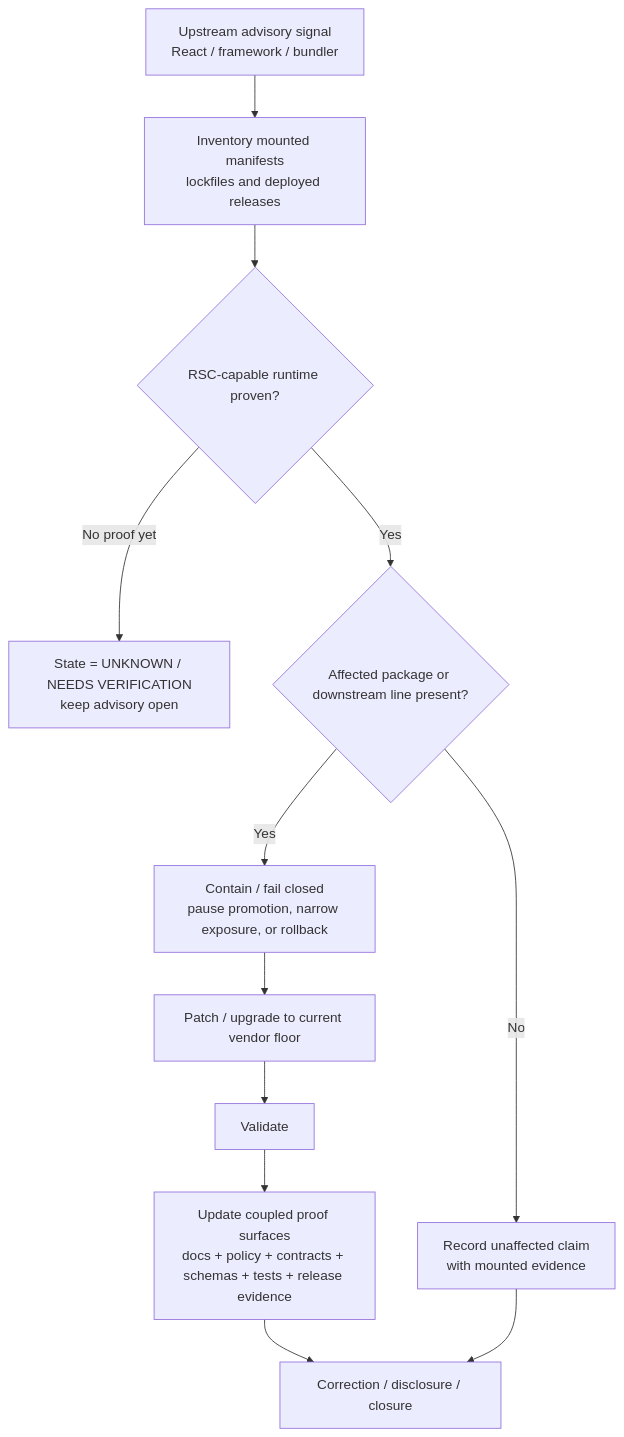
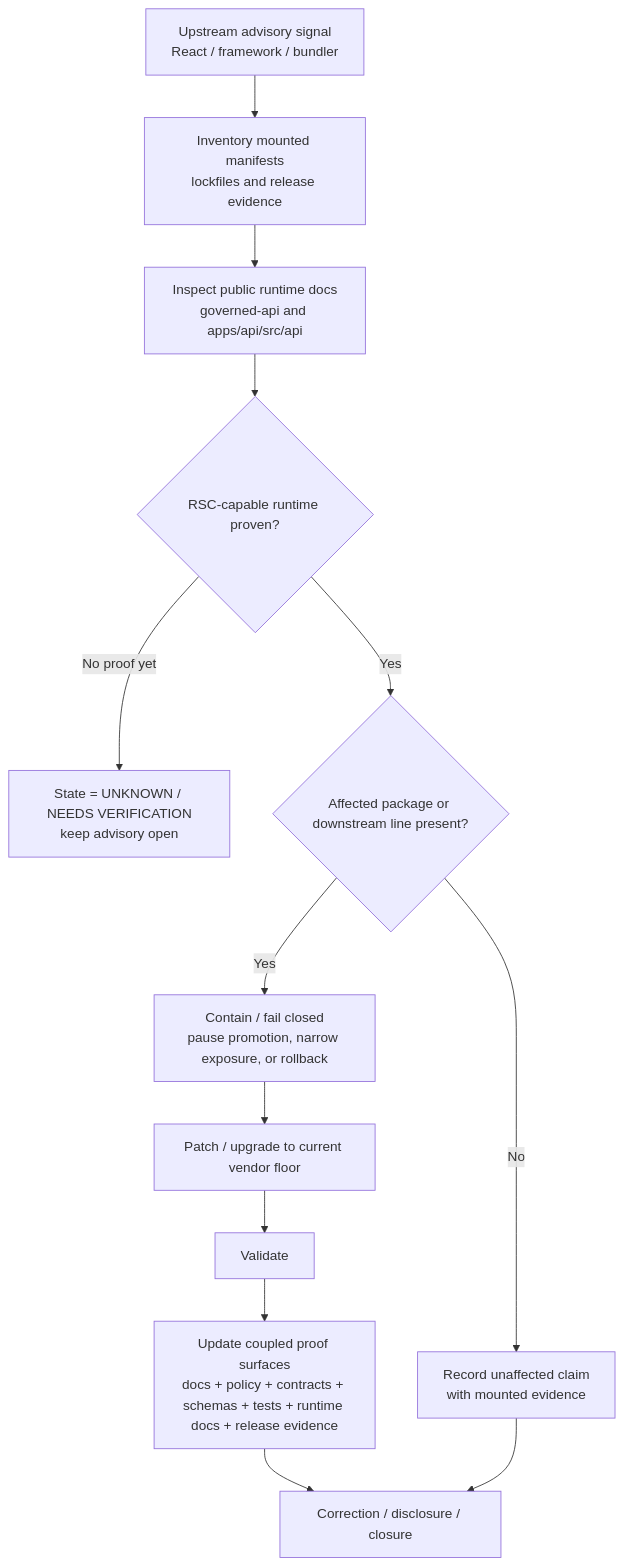
The diagram in docs/security/react2shell-advisory/README.md (bartytime4life/Kansas-Frontier-Matrix), drawn with Mermaid before and after one commit. The commit also changed other lines of this file, not shown here.

First line of the commit message:
Refine README.md for React2Shell advisory

````diff
--- a/docs/security/react2shell-advisory/README.md
+++ b/docs/security/react2shell-advisory/README.md
@@ -204,17 +234,18 @@
 ```mermaid
 flowchart TD
-    A[Upstream advisory signal<br/>React / framework / bundler] --> B[Inventory mounted manifests<br/>lockfiles and deployed releases]
-    B --> C{RSC-capable runtime proven?}
+    A[Upstream advisory signal<br/>React / framework / bundler] --> B[Inventory mounted manifests<br/>lockfiles and release evidence]
+    B --> C[Inspect public runtime docs<br/>governed-api and apps/api/src/api]
+    C --> D{RSC-capable runtime proven?}
 
-    C -->|No proof yet| D[State = UNKNOWN / NEEDS VERIFICATION<br/>keep advisory open]
-    C -->|Yes| E{Affected package or downstream line present?}
+    D -->|No proof yet| E[State = UNKNOWN / NEEDS VERIFICATION<br/>keep advisory open]
+    D -->|Yes| F{Affected package or downstream line present?}
 
-    E -->|Yes| F[Contain / fail closed<br/>pause promotion, narrow exposure, or rollback]
-    F --> G[Patch / upgrade to current vendor floor]
-    G --> H[Validate]
-    H --> I[Update coupled proof surfaces<br/>docs + policy + contracts + schemas + tests + release evidence]
-    I --> J[Correction / disclosure / closure]
+    F -->|Yes| G[Contain / fail closed<br/>pause promotion, narrow exposure, or rollback]
+    G --> H[Patch / upgrade to current vendor floor]
+    H --> I[Validate]
+    I --> J[Update coupled proof surfaces<br/>docs + policy + contracts + schemas + tests + runtime docs + release evidence]
+    J --> K[Correction / disclosure / closure]
 
-    E -->|No| K[Record unaffected claim<br/>with mounted evidence]
-    K --> J
+    F -->|No| L[Record unaffected claim<br/>with mounted evidence]
+    L --> K
 ```
````
